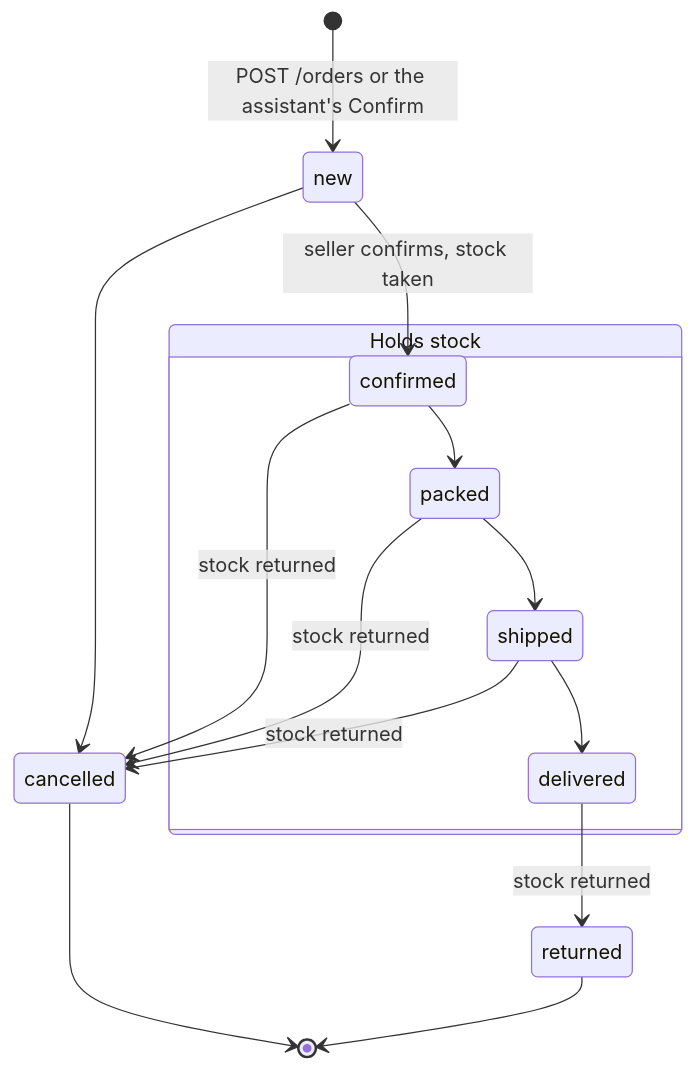
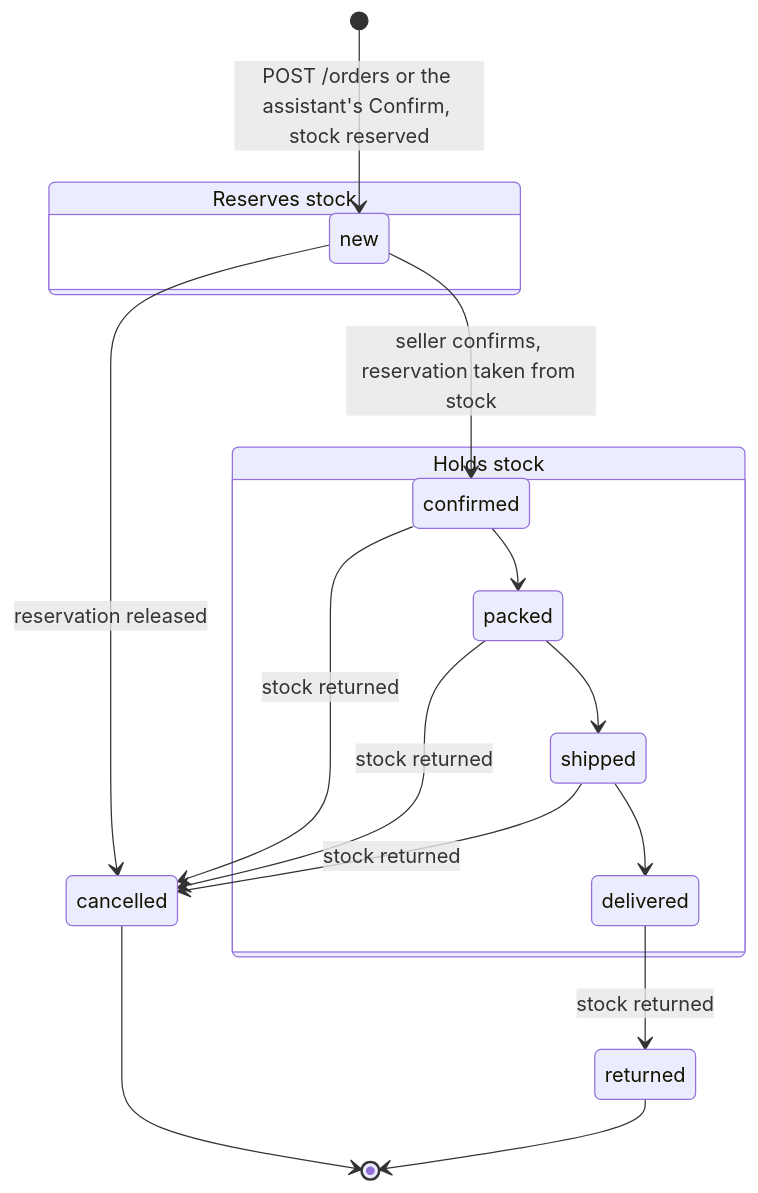
Before and after one commit to nabil404/project-alpha: the diagram in docs/features/07-orders/lifecycle.md, drawn with Mermaid. The commit also changed other lines of this file and 5 other files, not shown here.

Commit message:
docs: drafted orders reserve stock

````diff
--- a/docs/features/07-orders/lifecycle.md
+++ b/docs/features/07-orders/lifecycle.md
@@ -12,20 +12,24 @@
 ```mermaid
 stateDiagram-v2
-    [*] --> new: POST /orders or the assistant's Confirm
+    [*] --> new: POST /orders or the assistant's Confirm, stock reserved
+
+    state "Reserves stock" as reserving {
+        new
+    }
 
     state "Holds stock" as holding {
         confirmed --> packed
         packed --> shipped
         shipped --> delivered
     }
 
-    new --> confirmed: seller confirms, stock taken
-    new --> cancelled
+    new --> confirmed: seller confirms, reservation taken from stock
+    new --> cancelled: reservation released
     confirmed --> cancelled: stock returned
     packed --> cancelled: stock returned
     shipped --> cancelled: stock returned
     delivered --> returned: stock returned
 
     cancelled --> [*]
     returned --> [*]
 ```
````
